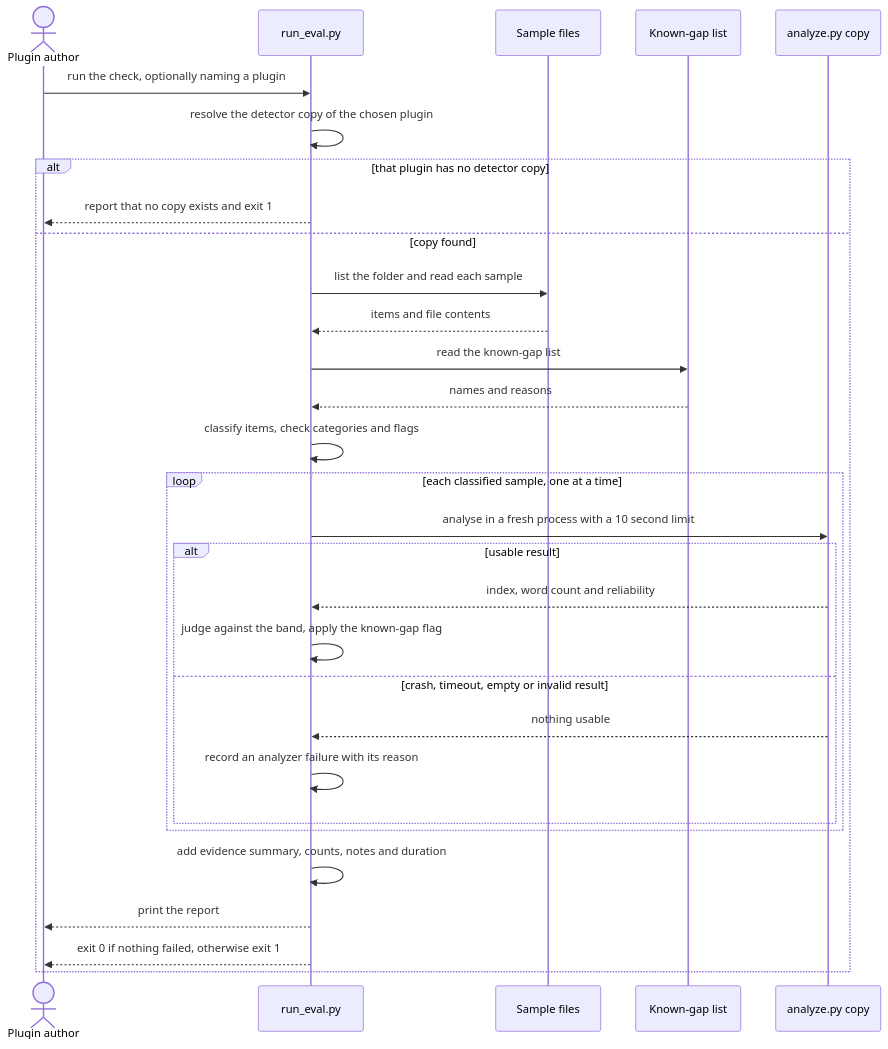
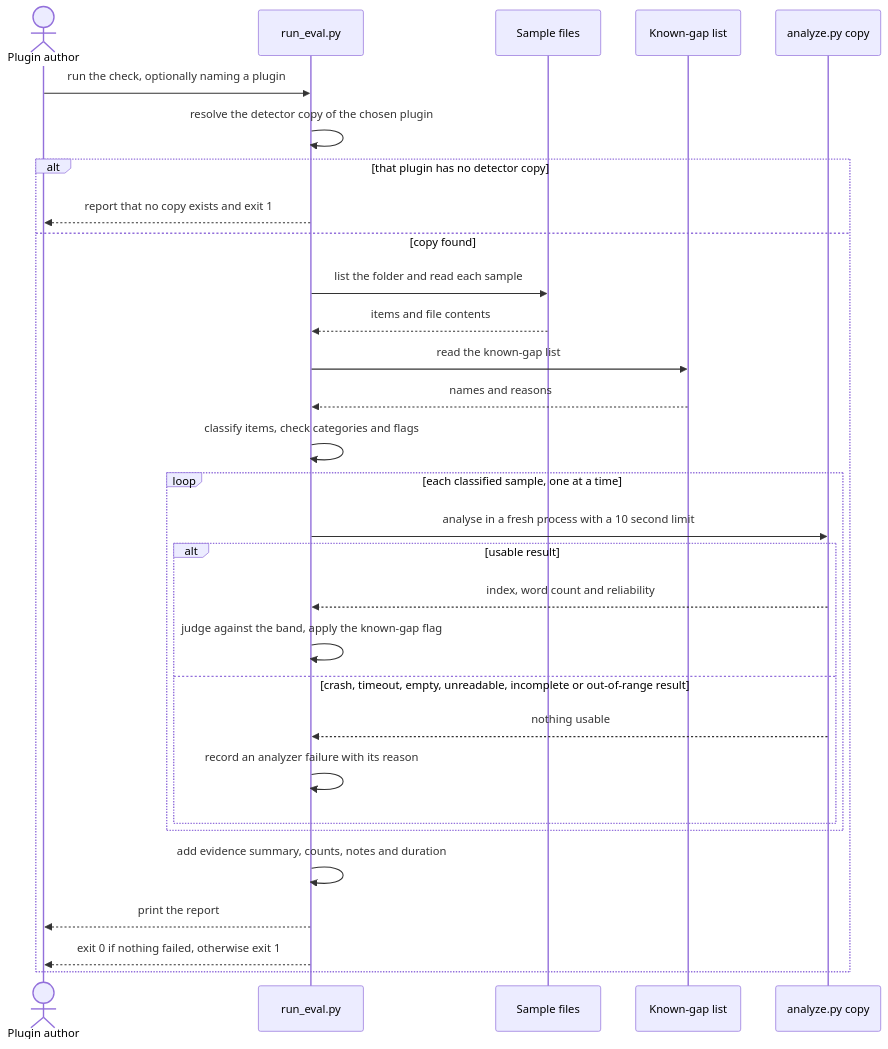
One commit to ifurmandev/ukr-text-guard changed the third of 3 diagrams in docs/features/ukr-text-eval/sad.md. Above: the diagram before and after it, drawn with Mermaid. The commit also changed other lines of this file and 1 other file, not shown here.

````diff
--- a/docs/features/ukr-text-eval/sad.md
+++ b/docs/features/ukr-text-eval/sad.md
@@ -148,33 +148,33 @@
 ```mermaid
 sequenceDiagram
     actor Author as Plugin author
     participant Runner as run_eval.py
     participant Samples as Sample files
     participant Gaps as Known-gap list
     participant Analyzer as analyze.py copy
 
     Author->>Runner: run the check, optionally naming a plugin
     Runner->>Runner: resolve the detector copy of the chosen plugin
     alt that plugin has no detector copy
         Runner-->>Author: report that no copy exists and exit 1
     else copy found
         Runner->>Samples: list the folder and read each sample
         Samples-->>Runner: items and file contents
         Runner->>Gaps: read the known-gap list
         Gaps-->>Runner: names and reasons
         Runner->>Runner: classify items, check categories and flags
         loop each classified sample, one at a time
             Runner->>Analyzer: analyse in a fresh process with a 10 second limit
             alt usable result
                 Analyzer-->>Runner: index, word count and reliability
                 Runner->>Runner: judge against the band, apply the known-gap flag
-            else crash, timeout, empty or invalid result
+            else crash, timeout, empty, unreadable, incomplete or out-of-range result
                 Analyzer-->>Runner: nothing usable
                 Runner->>Runner: record an analyzer failure with its reason
             end
         end
         Runner->>Runner: add evidence summary, counts, notes and duration
         Runner-->>Author: print the report
         Runner-->>Author: exit 0 if nothing failed, otherwise exit 1
     end
 ```
````
